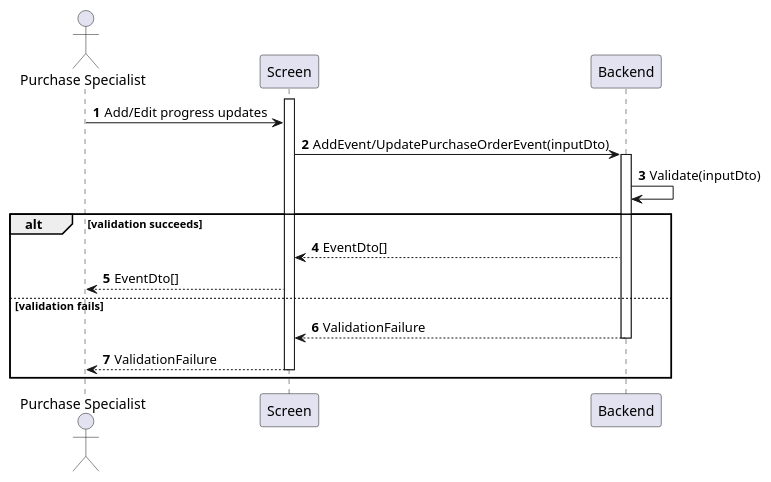
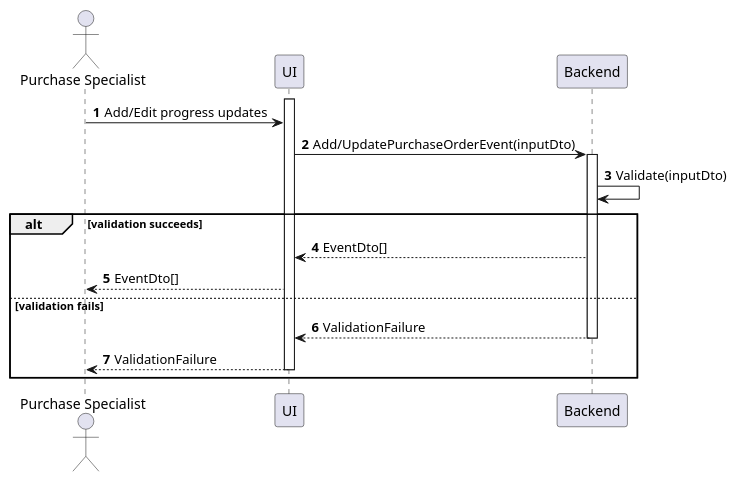
The diagram in sequences/purchase-order-update-progress.plantuml (phihungha/scmss-reqs), drawn with PlantUML before and after one commit. The commit also changed 17 other files, not shown here.

Commit message:
Improve sales sequences

```diff
--- a/sequences/purchase-order-update-progress.plantuml
+++ b/sequences/purchase-order-update-progress.plantuml
@@ -1,22 +1,22 @@
 @startuml purchase-order-update-progress
 autonumber
 
 actor "Purchase Specialist" as a
-participant Screen as f
+participant UI as f
 participant Backend as b
 
 activate f
 a -> f : Add/Edit progress updates
-f -> b : AddEvent/UpdatePurchaseOrderEvent(inputDto)
+f -> b : Add/UpdatePurchaseOrderEvent(inputDto)
 activate b
 b -> b : Validate(inputDto)
 
 alt validation succeeds
     b --> f : EventDto[]
     f --> a : EventDto[]
 else validation fails
     return ValidationFailure
     f --> a : ValidationFailure
     deactivate f
 end
 @enduml
```
